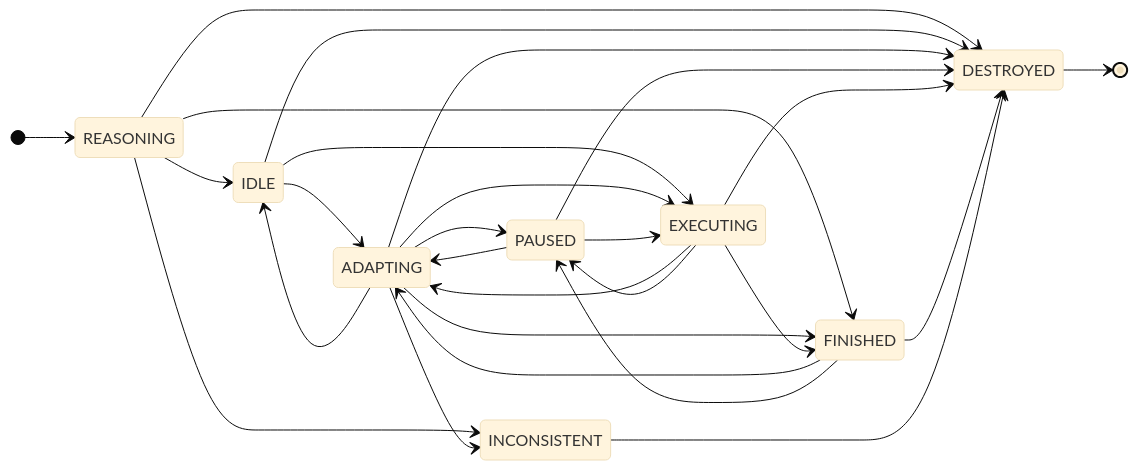
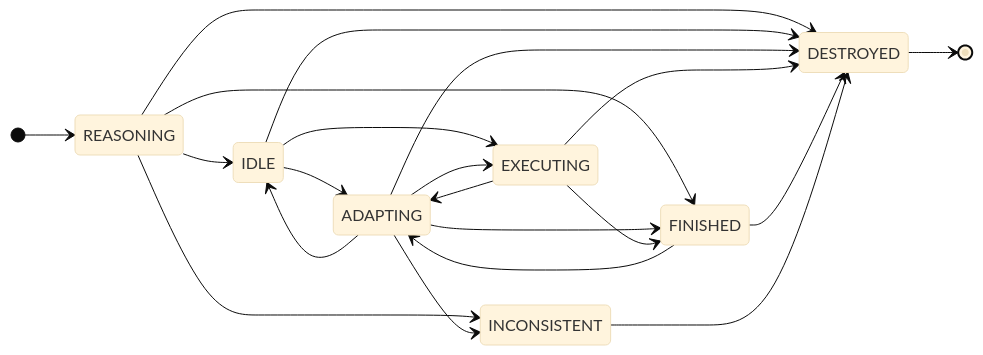
The diagram in README.md (ratioSolver/AerialS), drawn with Mermaid (base theme) before and after one commit. The commit also changed other lines of this file and 2 other files, not shown here.

````diff
--- a/README.md
+++ b/README.md
@@ -44,30 +43,24 @@
 ```mermaid
 stateDiagram-v2
     direction LR
     [*] --> REASONING
     DESTROYED --> [*]
     REASONING --> IDLE
     REASONING --> INCONSISTENT
     REASONING --> FINISHED
     REASONING --> DESTROYED
     IDLE --> ADAPTING
     IDLE --> EXECUTING
     IDLE --> DESTROYED
     ADAPTING --> IDLE
-    ADAPTING --> PAUSED
     ADAPTING --> EXECUTING
     ADAPTING --> INCONSISTENT
     ADAPTING --> FINISHED
     ADAPTING --> DESTROYED
-    PAUSED --> ADAPTING
-    PAUSED --> EXECUTING
-    PAUSED --> DESTROYED
     EXECUTING --> ADAPTING
-    EXECUTING --> PAUSED
     EXECUTING --> FINISHED
     EXECUTING --> DESTROYED
     FINISHED --> ADAPTING
-    FINISHED --> PAUSED
     FINISHED --> DESTROYED
     INCONSISTENT --> DESTROYED
 ```
````
